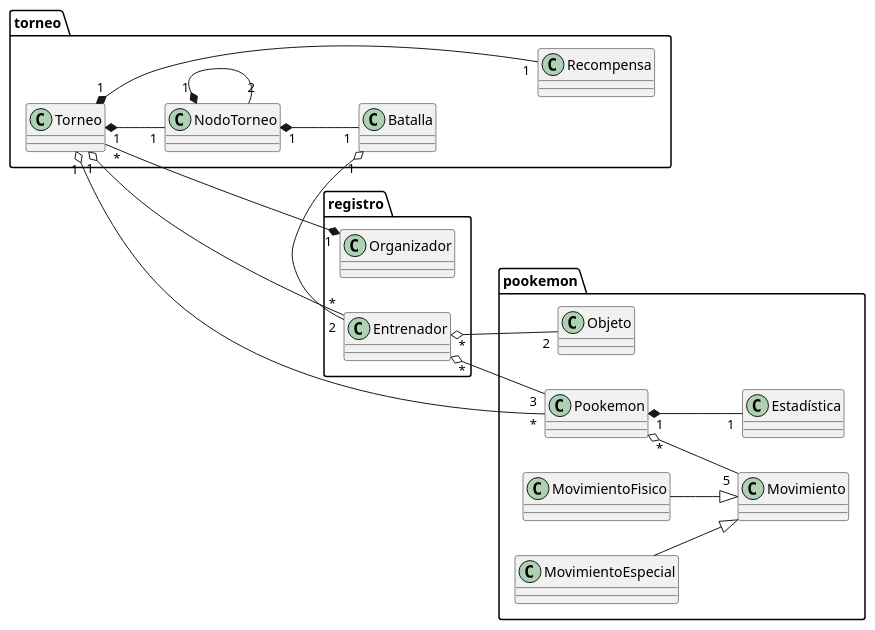
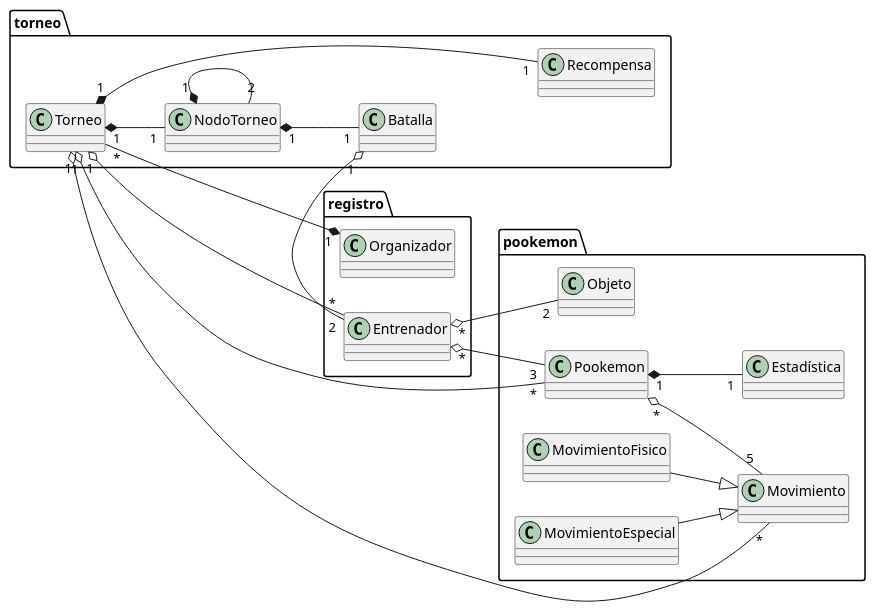
One commit to Edmh1/Poo-Kemon-proyecto changed the diagram in 4 diagrama de clases/diagrama de clases general.plantuml. Above: the diagram before and after it, drawn with PlantUML. The commit also changed 4 other files, not shown here.

```diff
--- a/4 diagrama de clases/diagrama de clases general.plantuml
+++ b/4 diagrama de clases/diagrama de clases general.plantuml
@@ -1,85 +1,86 @@
 @startuml diagrama de clases
 
 left to right direction
 
 package "registro" {
     class Entrenador {
 
     }
 
     class Organizador {
 
     }
 
 }
 
 package "torneo" {
     class Batalla {
 
     }
 
     class NodoTorneo {
       
     }
 
     class Torneo {
     
     }
 
     class Recompensa {
       
     }
 }
 
 package "pookemon" {
     class Pookemon {
 
     }
 
     class Objeto{
 
     }
 
     class Estadística {
 
     }
 
     class Movimiento {
 
     }
 
     class MovimientoFisico{
 
     }
 
     class MovimientoEspecial{
 
     }
 
 }
 
 Entrenador "*" o-- "3" Pookemon 
 Entrenador "*" o-- "2" Objeto
 
 Pookemon "*" o-- "5" Movimiento
 Pookemon "1" *-- "1" Estadística
 
 MovimientoFisico --|> Movimiento
 MovimientoEspecial --|> Movimiento
 
 
 Organizador "1" *-- "*" Torneo
 
 Torneo "1" o--- "*" Entrenador
 Torneo "1" o-- "*" Pookemon
+Torneo "1" o-- "*" Movimiento
 Torneo "1" *---- "1" Recompensa
 Torneo "1" *-- "1" NodoTorneo
 
 
 NodoTorneo "1" *-- "2" NodoTorneo
 NodoTorneo "1" *-- "1" Batalla
 
 Batalla "1" o-- "2" Entrenador
 
 
 @enduml
```
